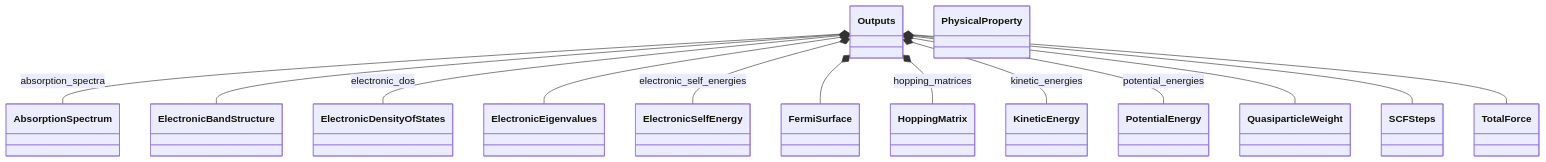
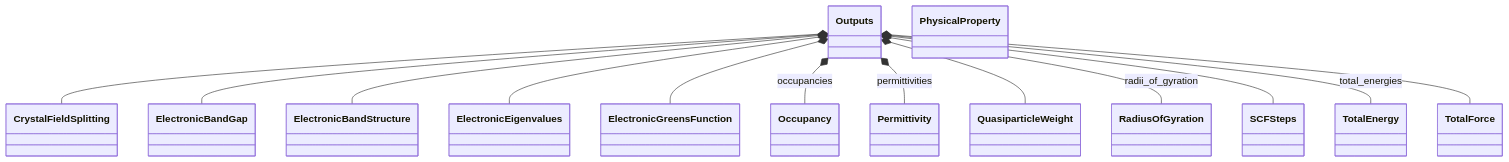
Before and after one commit to FAIRmat-NFDI/nomad-simulations: the first of 2 diagrams in docs/schema/outputs.diagram.md, drawn with Mermaid. The commit also changed 43 other files, not shown here.

````diff
--- a/docs/schema/outputs.diagram.md
+++ b/docs/schema/outputs.diagram.md
@@ -14,43 +14,43 @@
 ```mermaid
 classDiagram
-    class AbsorptionSpectrum {
+    class CrystalFieldSplitting {
+    }
+    class ElectronicBandGap {
     }
     class ElectronicBandStructure {
     }
-    class ElectronicDensityOfStates {
-    }
     class ElectronicEigenvalues {
     }
-    class ElectronicSelfEnergy {
+    class ElectronicGreensFunction {
     }
-    class FermiSurface {
-    }
-    class HoppingMatrix {
-    }
-    class KineticEnergy {
+    class Occupancy {
     }
     class Outputs {
     }
+    class Permittivity {
+    }
     class PhysicalProperty {
-    }
-    class PotentialEnergy {
     }
     class QuasiparticleWeight {
     }
+    class RadiusOfGyration {
+    }
     class SCFSteps {
+    }
+    class TotalEnergy {
     }
     class TotalForce {
     }
-    Outputs *-- AbsorptionSpectrum : absorption_spectra
+    Outputs *-- CrystalFieldSplitting
+    Outputs *-- ElectronicBandGap
     Outputs *-- ElectronicBandStructure
-    Outputs *-- ElectronicDensityOfStates : electronic_dos
     Outputs *-- ElectronicEigenvalues
-    Outputs *-- ElectronicSelfEnergy : electronic_self_energies
-    Outputs *-- FermiSurface
-    Outputs *-- HoppingMatrix : hopping_matrices
-    Outputs *-- KineticEnergy : kinetic_energies
-    Outputs *-- PotentialEnergy : potential_energies
+    Outputs *-- ElectronicGreensFunction
+    Outputs *-- Occupancy : occupancies
+    Outputs *-- Permittivity : permittivities
     Outputs *-- QuasiparticleWeight
+    Outputs *-- RadiusOfGyration : radii_of_gyration
     Outputs *-- SCFSteps
+    Outputs *-- TotalEnergy : total_energies
     Outputs *-- TotalForce
 ```
````
